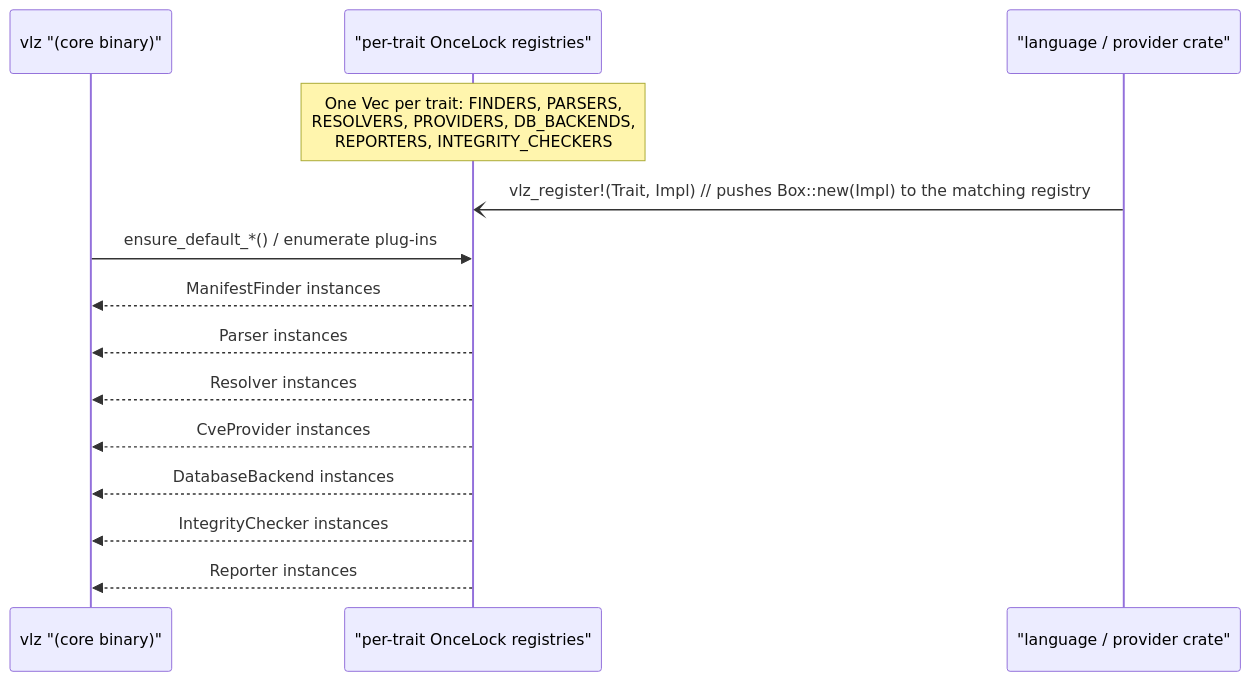
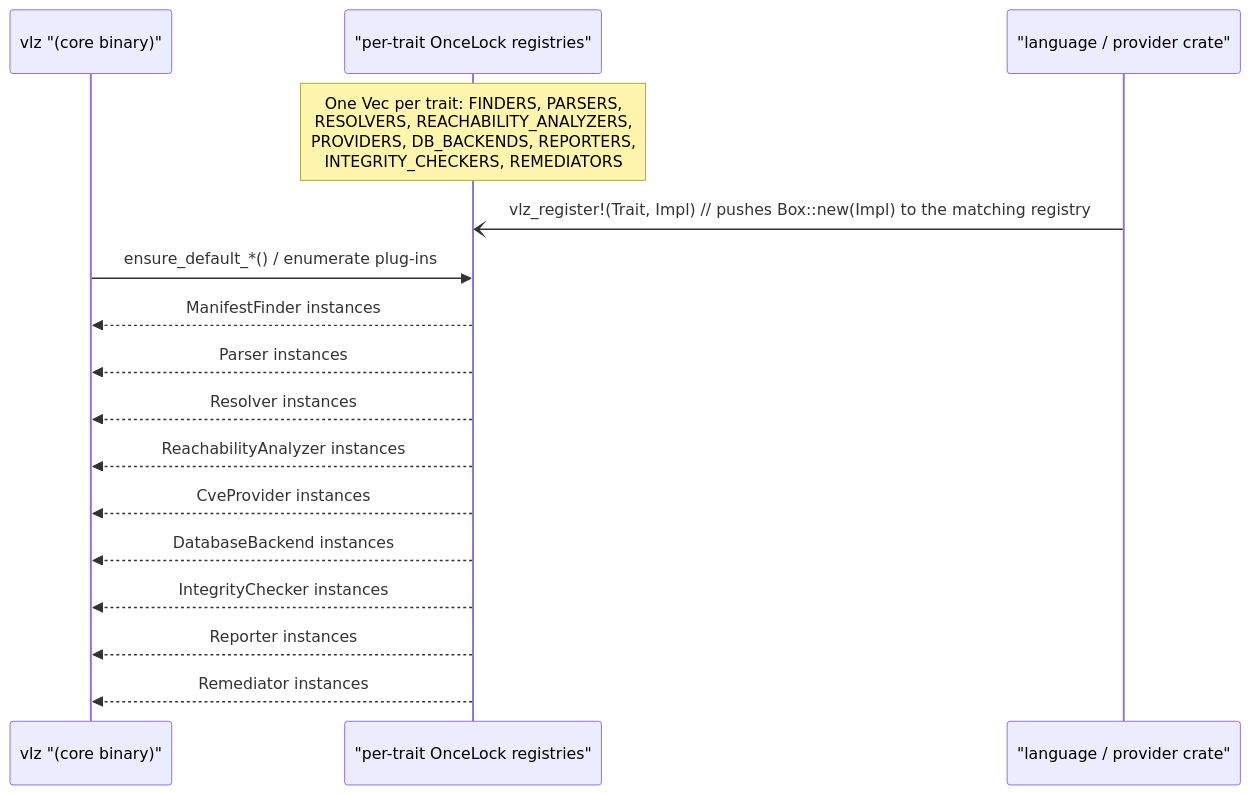
One commit to verilyze/verilyze changed the second of 3 diagrams in CONTRIBUTING.md. Above: the diagram before and after it, drawn with Mermaid. The commit also changed other lines of this file and 13 other files, not shown here.

````diff
--- a/CONTRIBUTING.md
+++ b/CONTRIBUTING.md
@@ -564,21 +568,23 @@
 ```mermaid
 sequenceDiagram
     participant Core as vlz "(core binary)"
     participant Registries as "per-trait OnceLock registries"
     participant Plugin as "language / provider crate"
 
-    note over Registries: One Vec per trait: FINDERS, PARSERS,<br/>RESOLVERS, PROVIDERS, DB_BACKENDS,<br/>REPORTERS, INTEGRITY_CHECKERS
+    note over Registries: One Vec per trait: FINDERS, PARSERS,<br/>RESOLVERS, REACHABILITY_ANALYZERS,<br/>PROVIDERS, DB_BACKENDS, REPORTERS,<br/>INTEGRITY_CHECKERS, REMEDIATORS
 
     %% Plug‑in registration (compile-time, one-way)
     Plugin -) Registries: vlz_register!(Trait, Impl)  // pushes Box::new(Impl) to the matching registry
 
     %% Runtime start‑up (core reads the compiled registries)
     Core ->> Registries: ensure_default_*() / enumerate plug‑ins
     Registries -->> Core: ManifestFinder instances
     Registries -->> Core: Parser instances
     Registries -->> Core: Resolver instances
+    Registries -->> Core: ReachabilityAnalyzer instances
     Registries -->> Core: CveProvider instances
     Registries -->> Core: DatabaseBackend instances
     Registries -->> Core: IntegrityChecker instances
     Registries -->> Core: Reporter instances
+    Registries -->> Core: Remediator instances
 ```
````
